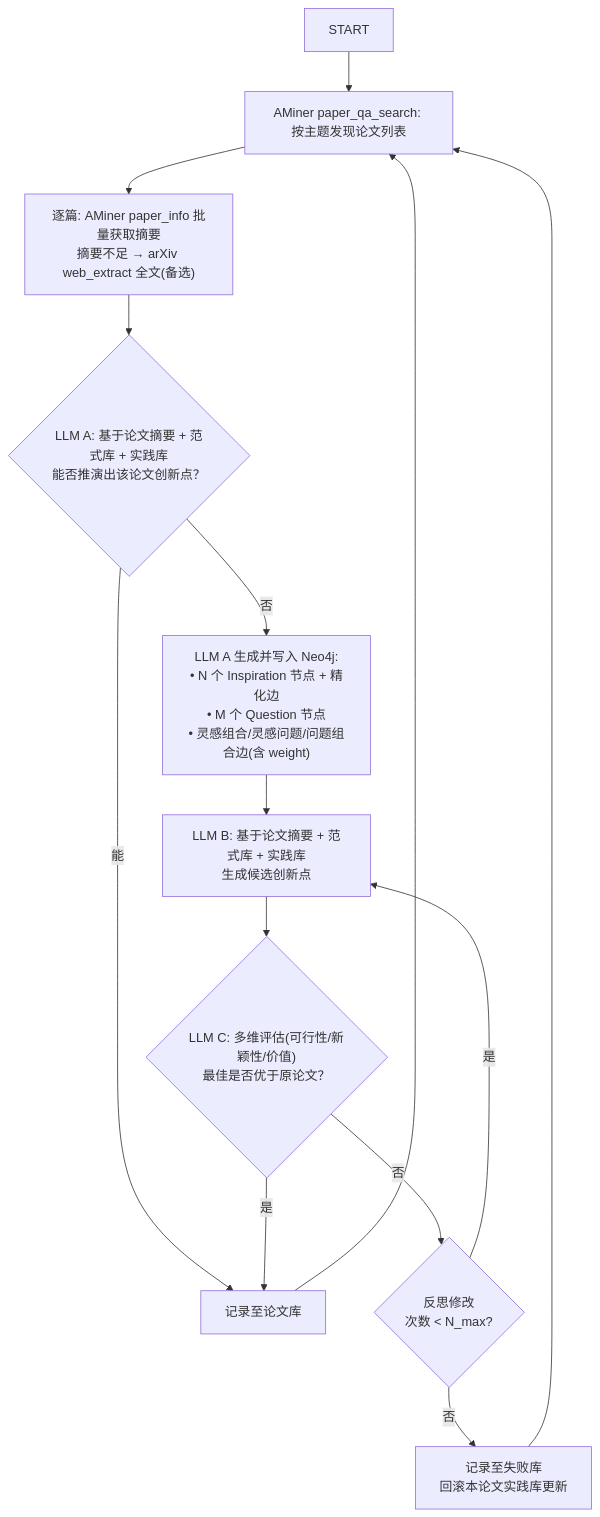
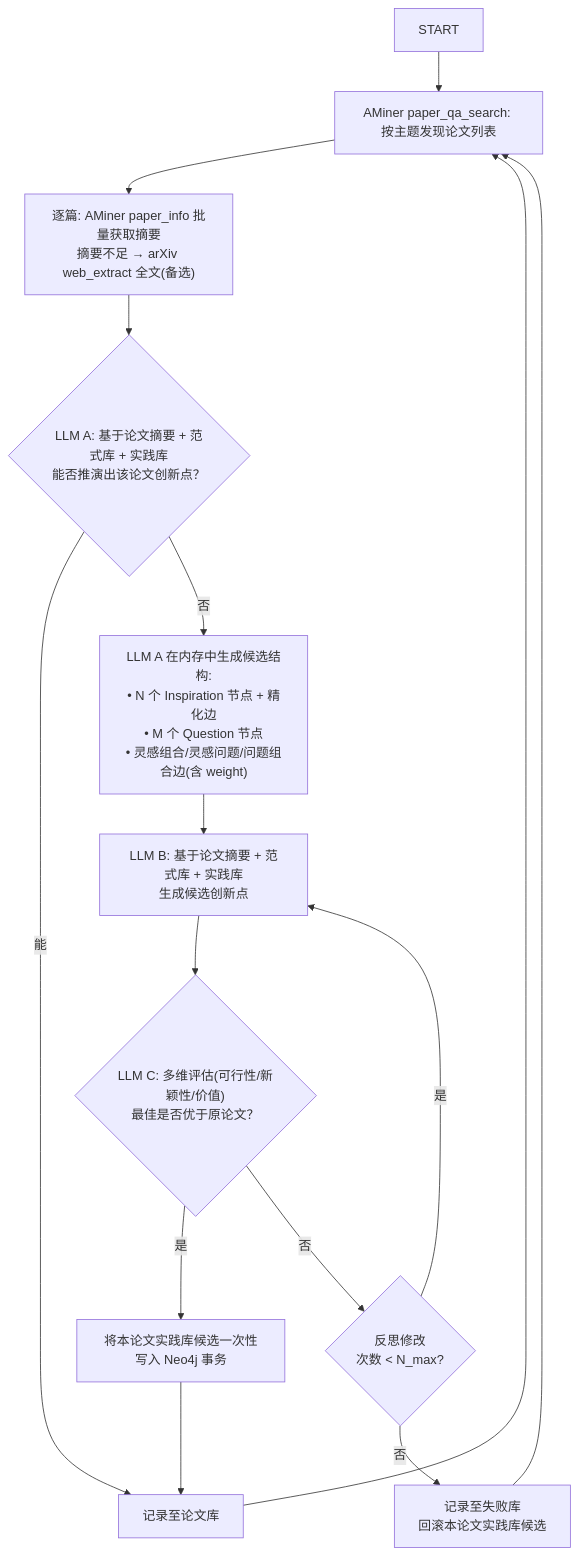
One commit to cheanus/IdeaForgeX changed the second of 3 diagrams in doc/design.md. Above: the diagram before and after it, drawn with Mermaid. The commit also changed other lines of this file and 30 other files, not shown here.

````diff
--- a/doc/design.md
+++ b/doc/design.md
@@ -135,17 +136,18 @@
 ```mermaid
 flowchart TD
     S["START"]
     S --> D["AMiner paper_qa_search: 按主题发现论文列表"]
     D --> P1["逐篇: AMiner paper_info 批量获取摘要<br/>摘要不足 → arXiv web_extract 全文(备选)"]
     P1 --> A1{"LLM A: 基于论文摘要 + 范式库 + 实践库<br/>能否推演出该论文创新点？"}
     A1 -->|能| PAPER["记录至论文库"]
     PAPER --> D
-    A1 -->|否| A2["LLM A 生成并写入 Neo4j:<br/>• N 个 Inspiration 节点 + 精化边<br/>• M 个 Question 节点<br/>• 灵感组合/灵感问题/问题组合边(含 weight)"]
+    A1 -->|否| A2["LLM A 在内存中生成候选结构:<br/>• N 个 Inspiration 节点 + 精化边<br/>• M 个 Question 节点<br/>• 灵感组合/灵感问题/问题组合边(含 weight)"]
     A2 --> B["LLM B: 基于论文摘要 + 范式库 + 实践库<br/>生成候选创新点"]
     B --> C{"LLM C: 多维评估(可行性/新颖性/价值)<br/>最佳是否优于原论文？"}
-    C -->|是| PAPER
+    C -->|是| COMMIT["将本论文实践库候选一次性写入 Neo4j 事务"]
+    COMMIT --> PAPER
     C -->|否| RETRY{"反思修改<br/>次数 < N_max?"}
     RETRY -->|是| B
-    RETRY -->|否| FAIL["记录至失败库<br/>回滚本论文实践库更新"]
+    RETRY -->|否| FAIL["记录至失败库<br/>回滚本论文实践库候选"]
     FAIL --> D
 ```
````
